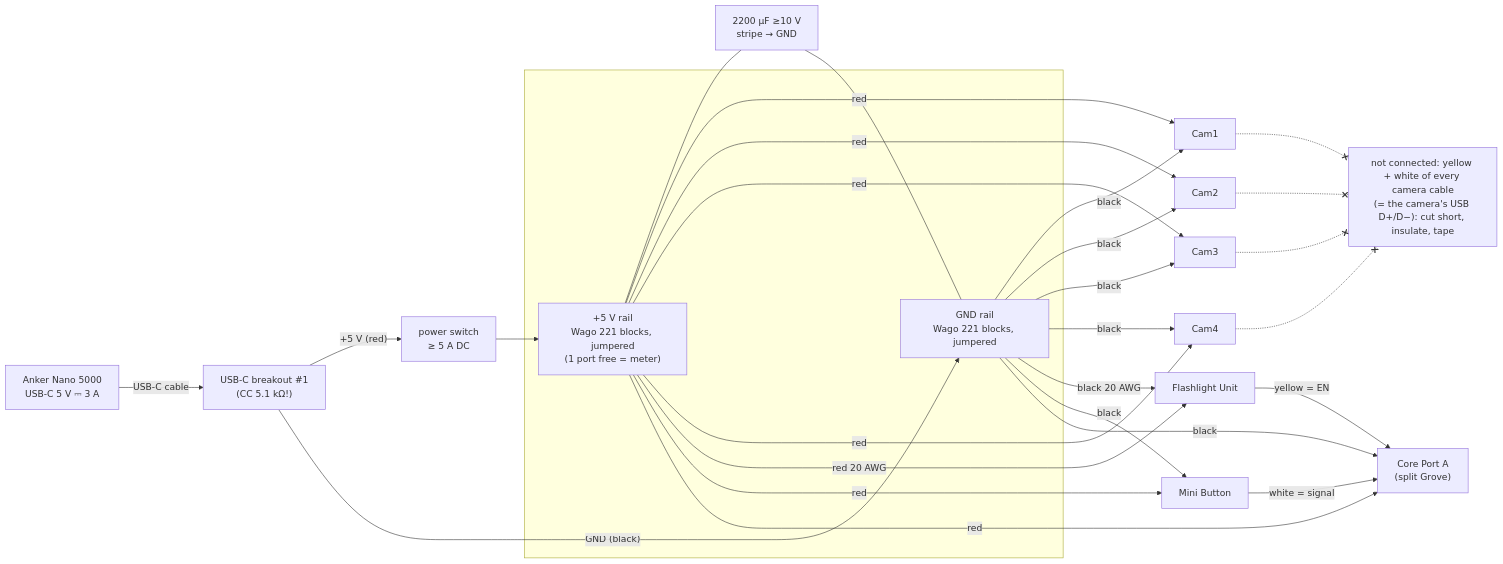
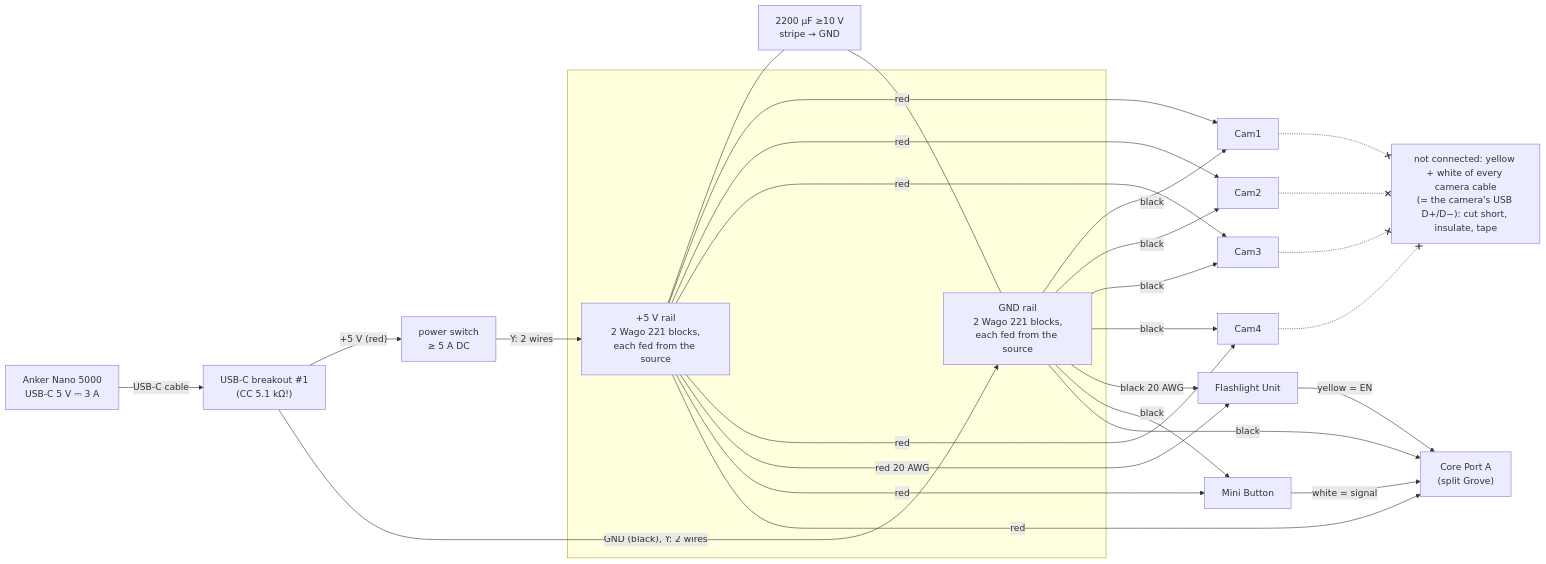
One commit to qurle/x4 changed the first of 2 diagrams in docs/WIRING.md. Above: the diagram before and after it, drawn with Mermaid. The commit also changed other lines of this file and 7 other files, not shown here.

First line of the commit message:
Wiring: feed each Wago block from the source (Y) instead of a jumper

````diff
--- a/docs/WIRING.md
+++ b/docs/WIRING.md
@@ -12,24 +12,24 @@
 ```mermaid
 flowchart LR
   BANK["Anker Nano 5000<br/>USB-C 5 V ⎓ 3 A"] -->|USB-C cable| BRK["USB-C breakout #1<br/>(CC 5.1 kΩ!)"]
   BRK -->|"+5 V (red)"| SW["power switch<br/>≥ 5 A DC"]
-  BRK -->|"GND (black)"| GRAIL
-  SW --> PRAIL["+5 V rail<br/>Wago 221 blocks, jumpered<br/>(1 port free = meter)"]
+  BRK -->|"GND (black), Y: 2 wires"| GRAIL
+  SW -->|"Y: 2 wires"| PRAIL["+5 V rail<br/>2 Wago 221 blocks,<br/>each fed from the source"]
   subgraph rails[" "]
     PRAIL
-    GRAIL["GND rail<br/>Wago 221 blocks, jumpered"]
+    GRAIL["GND rail<br/>2 Wago 221 blocks,<br/>each fed from the source"]
   end
   CAP["2200 µF ≥10 V<br/>stripe → GND"]
   PRAIL --- CAP --- GRAIL
   PRAIL -->|red| C1[Cam1] & C2[Cam2] & C3[Cam3] & C4[Cam4]
   GRAIL -->|black| C1 & C2 & C3 & C4
   PRAIL -->|"red 20 AWG"| FL[Flashlight Unit]
   GRAIL -->|"black 20 AWG"| FL
   PRAIL -->|red| BTN[Mini Button]
   GRAIL -->|black| BTN
   PRAIL -->|"red"| PA["Core Port A<br/>(split Grove)"]
   GRAIL -->|"black"| PA
   FL -->|"yellow = EN"| PA
   BTN -->|"white = signal"| PA
   C1 & C2 & C3 & C4 -.-x NC["not connected: yellow + white of every camera cable<br/>(= the camera's USB D+/D−): cut short, insulate, tape"]
 ```
````
